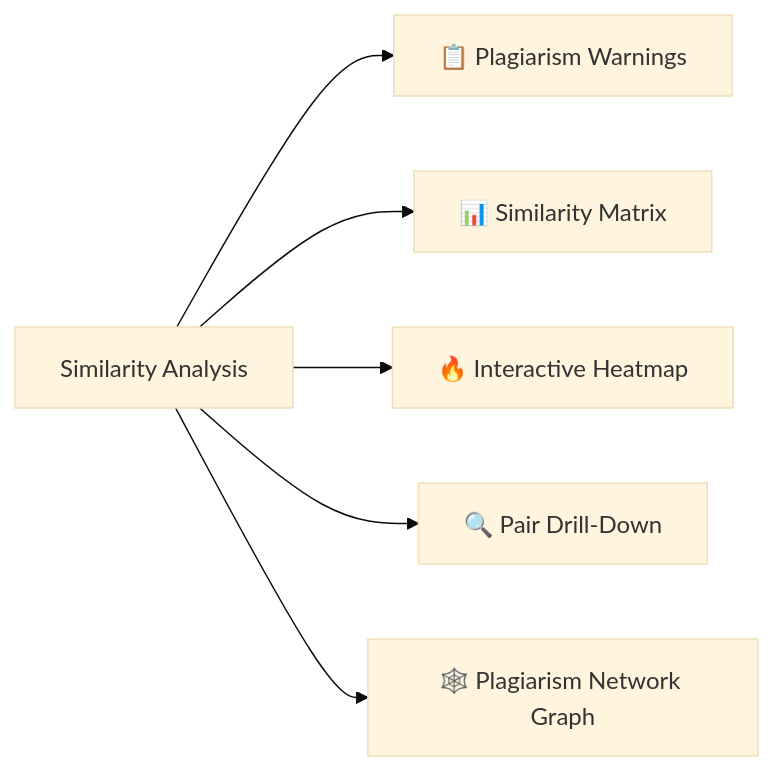
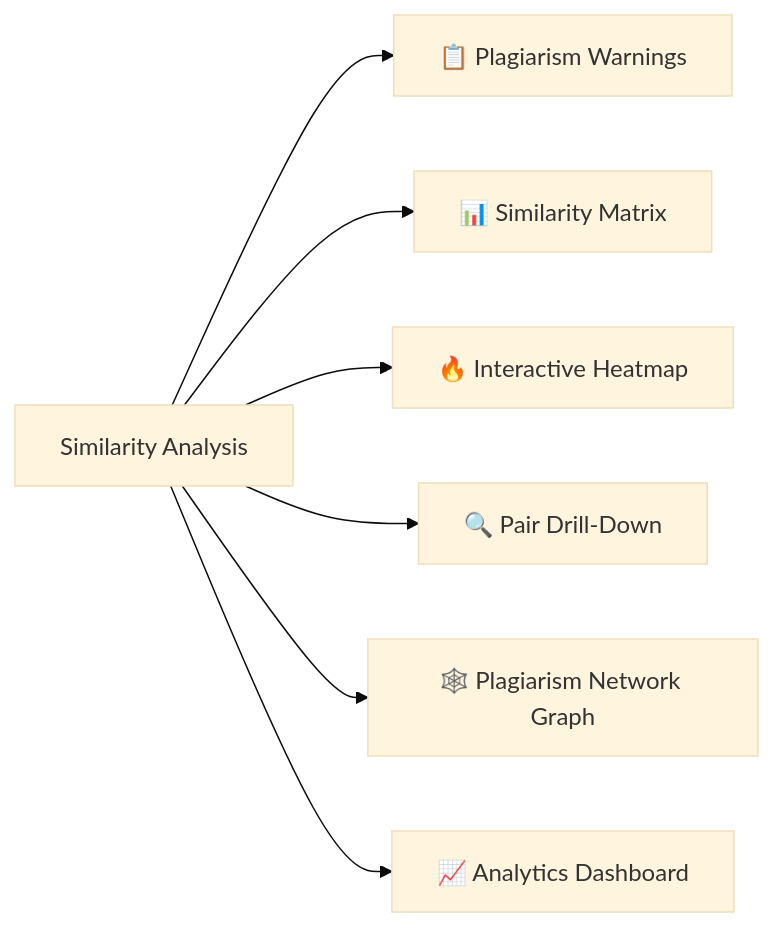
The second of 3 diagrams in docs/ARCHITECTURE.md (Aakif-Kohari/semantic-plagiarism-detector), drawn with Mermaid (base theme) before and after one commit. The commit also changed other lines of this file, not shown here.

Commit message:
docs: update ARCHITECTURE.md for new modules

````diff
--- a/docs/ARCHITECTURE.md
+++ b/docs/ARCHITECTURE.md
@@ -219,8 +259,9 @@
 ```mermaid
 flowchart LR
     A[Similarity Analysis] --> B[📋 Plagiarism Warnings]
     A --> C[📊 Similarity Matrix]
     A --> D[🔥 Interactive Heatmap]
     A --> E[🔍 Pair Drill-Down]
     A --> F[🕸️ Plagiarism Network Graph]
+    A --> G[📈 Analytics Dashboard]
 ```
````
